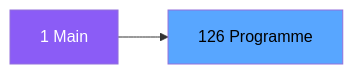
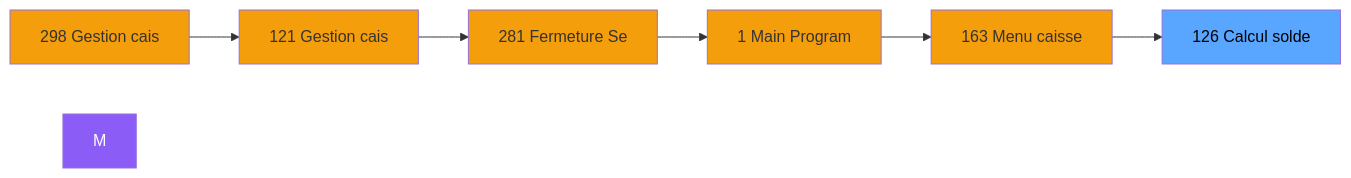
One commit to thonyAGP/magic-migration changed the second of 3 diagrams in .openspec/specs/ADH-IDE-126.md. Above: the diagram before and after it, drawn with Mermaid. The commit also changed other lines of this file and 323 other files, not shown here.

````diff
--- a/.openspec/specs/ADH-IDE-126.md
+++ b/.openspec/specs/ADH-IDE-126.md
@@ -104,8 +122,21 @@
 ```mermaid
 graph LR
-    M[1 Main]
-    T[126 Programme]
-    M --> T
+    N298[298 Gestion cais]
+    N121[121 Gestion cais]
+    N281[281 Fermeture Se]
+    N1[1 Main Program]
+    N163[163 Menu caisse ]
+    T[126 Calcul solde]
+    N298 --> N121
+    N121 --> N281
+    N281 --> N1
+    N1 --> N163
+    N163 --> T
     style M fill:#8b5cf6,color:#fff
+    style N298 fill:#f59e0b
+    style N121 fill:#f59e0b
+    style N281 fill:#f59e0b
+    style N1 fill:#f59e0b
+    style N163 fill:#f59e0b
     style T fill:#58a6ff,color:#000
 ```
````
